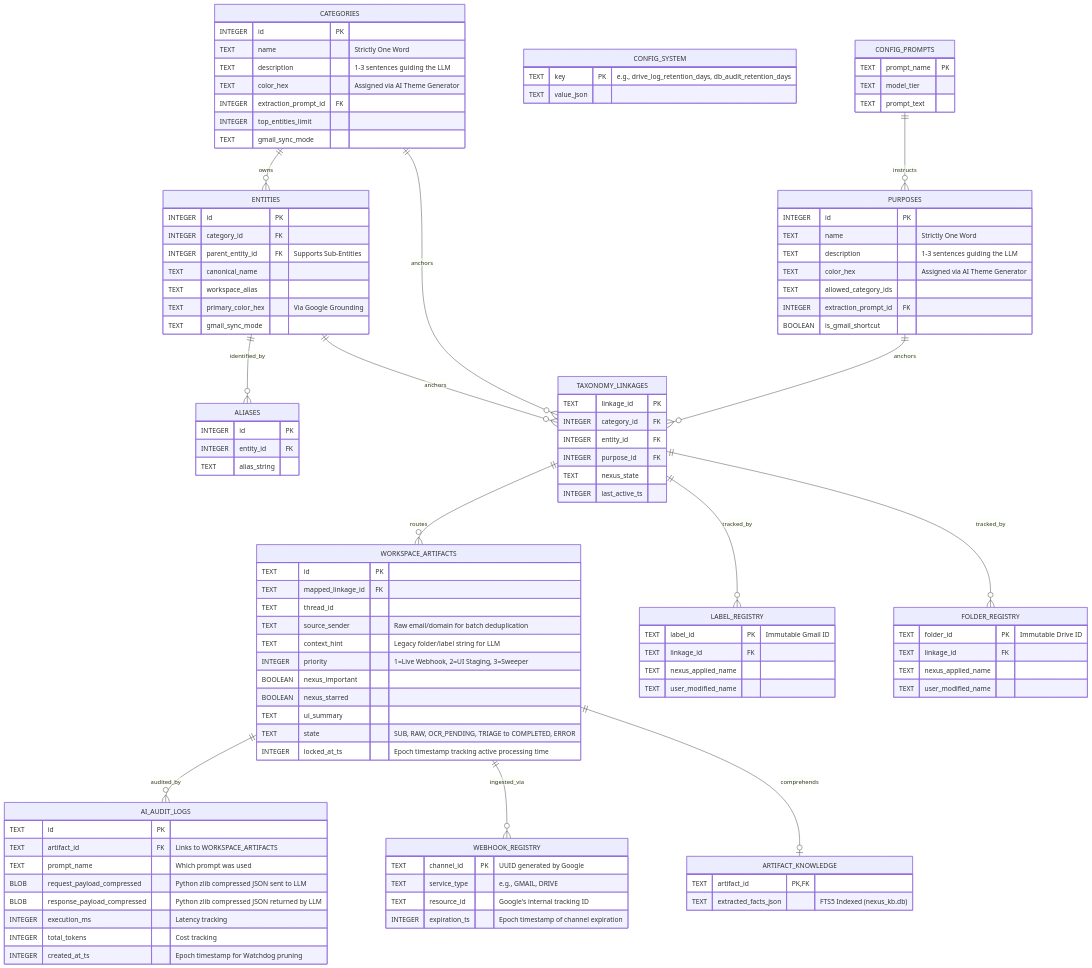
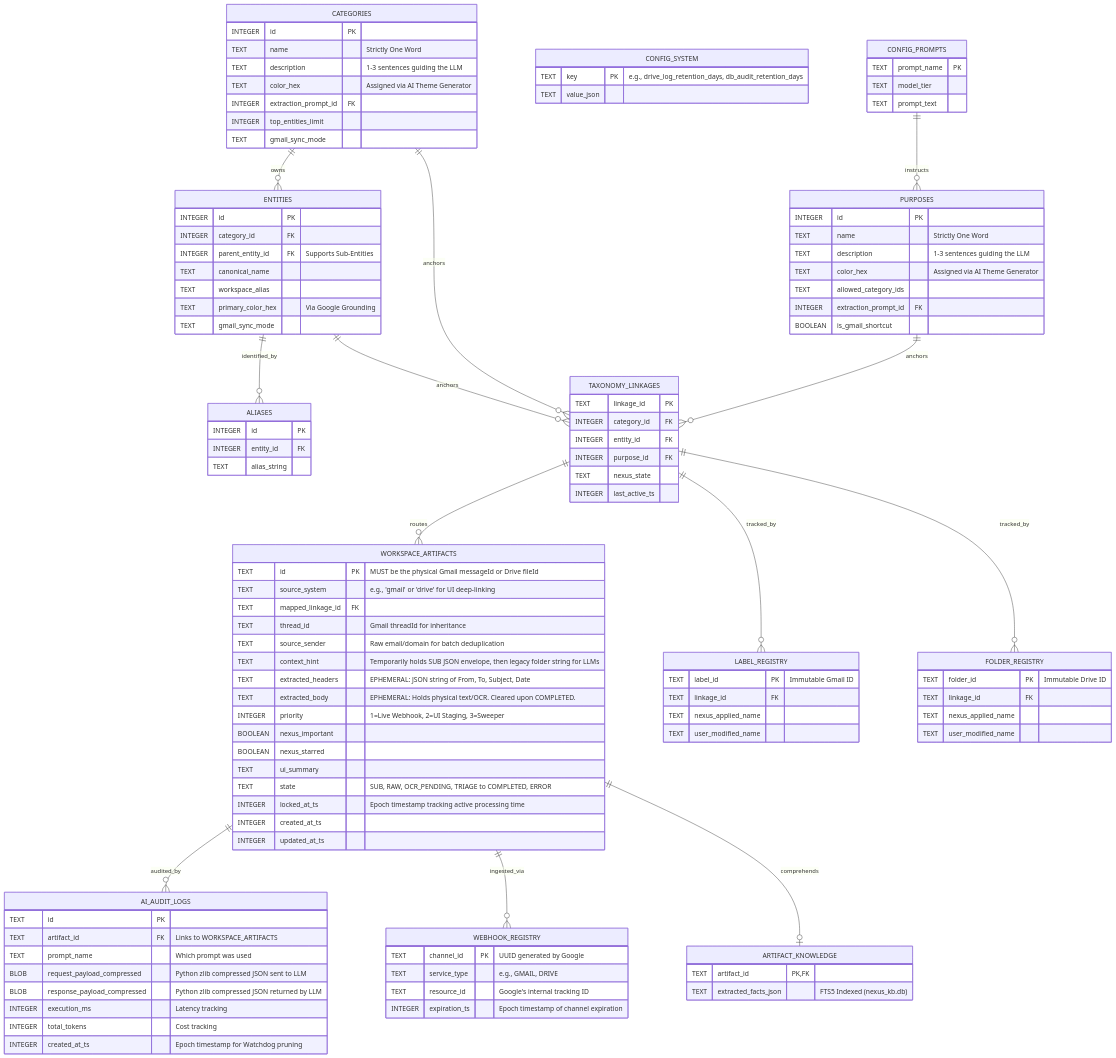
Before and after one commit to FrankXLT/Nexus-for-Google: the diagram in arch_docs/02_DATA_ONTOLOGY.md, drawn with Mermaid. The commit also changed 17 other files, not shown here.

```diff
--- a/arch_docs/02_DATA_ONTOLOGY.md
+++ b/arch_docs/02_DATA_ONTOLOGY.md
@@ -92,17 +92,22 @@
         INTEGER last_active_ts ""
     }
     WORKSPACE_ARTIFACTS {
-        TEXT id PK ""
+        TEXT id PK "MUST be the physical Gmail messageId or Drive fileId"
+        TEXT source_system "e.g., 'gmail' or 'drive' for UI deep-linking"
         TEXT mapped_linkage_id FK ""
-        TEXT thread_id ""
+        TEXT thread_id "Gmail threadId for inheritance"
         TEXT source_sender "Raw email/domain for batch deduplication"
-        TEXT context_hint "Legacy folder/label string for LLM"
+        TEXT context_hint "Temporarily holds SUB JSON envelope, then legacy folder string for LLMs"
+        TEXT extracted_headers "EPHEMERAL: JSON string of From, To, Subject, Date"
+        TEXT extracted_body "EPHEMERAL: Holds physical text/OCR. Cleared upon COMPLETED."
         INTEGER priority "1=Live Webhook, 2=UI Staging, 3=Sweeper"
         BOOLEAN nexus_important ""
         BOOLEAN nexus_starred ""
         TEXT ui_summary ""
         TEXT state "SUB, RAW, OCR_PENDING, TRIAGE to COMPLETED, ERROR"
         INTEGER locked_at_ts "Epoch timestamp tracking active processing time"
+        INTEGER created_at_ts ""
+        INTEGER updated_at_ts ""
     }
     ARTIFACT_KNOWLEDGE {
         TEXT artifact_id PK, FK ""
```
